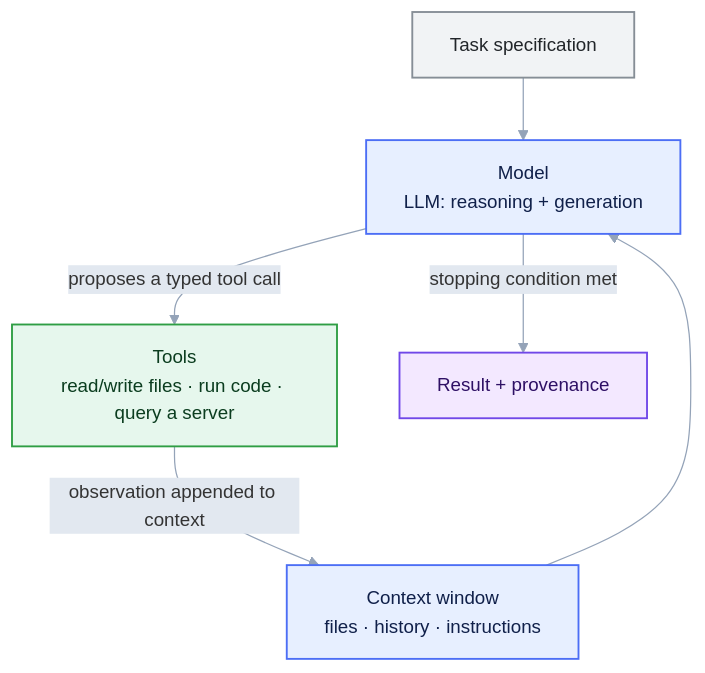
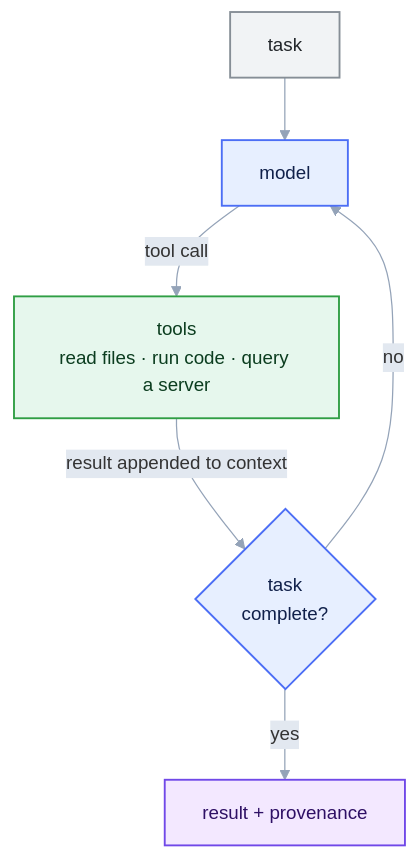
The first of 4 diagrams in episodes/01-why-genai-for-physics.md (eic/tutorial-mcp), drawn with Mermaid before and after one commit. The commit also changed other lines of this file, not shown here.

First line of the commit message:
Episode 1: rewrite around the four loop levels with per-level schematics

````diff
--- a/episodes/01-why-genai-for-physics.md
+++ b/episodes/01-why-genai-for-physics.md
@@ -103,15 +107,15 @@
 ```mermaid
 %%{init: {'theme':'base', 'themeVariables': {'fontSize':'15px','lineColor':'#94a3b8','edgeLabelBackground':'#e2e8f0','clusterBkg':'#1f293720','clusterBorder':'#94a3b8','titleColor':'#94a3b8'}}}%%
 flowchart TD
-    accTitle: {AI agent harness}
-    accDescr: {AI agent harness}
-    U["Task specification"]:::user --> M
-    C["Context window<br/>files · history · instructions"]:::core --> M["Model<br/>LLM: reasoning + generation"]:::core
-    M -->|"proposes a typed tool call"| T["Tools<br/>read/write files · run code · query a server"]:::tool
-    T -->|"observation appended to context"| C
-    M -->|"stopping condition met"| R["Result + provenance"]:::out
+    accTitle: {Level 1 the agent loop}
+    accDescr: {Level 1 the agent loop}
+    Q["task"]:::user --> M["model"]:::core
+    M -->|"tool call"| T["tools<br/>read files · run code · query a server"]:::tool
+    T -->|"result appended to context"| D{"task<br/>complete?"}:::core
+    D -->|"no"| M
+    D -->|"yes"| R["result + provenance"]:::out
     classDef core fill:#e7efff,stroke:#4c6ef5,stroke-width:1.5px,color:#10204a;
     classDef tool fill:#e6f7ed,stroke:#2f9e44,stroke-width:1.5px,color:#0b3d1f;
     classDef out fill:#f3e8ff,stroke:#7048e8,stroke-width:1.5px,color:#2e1065;
     classDef user fill:#f1f3f5,stroke:#868e96,stroke-width:1.5px,color:#212529;
 ```
````
